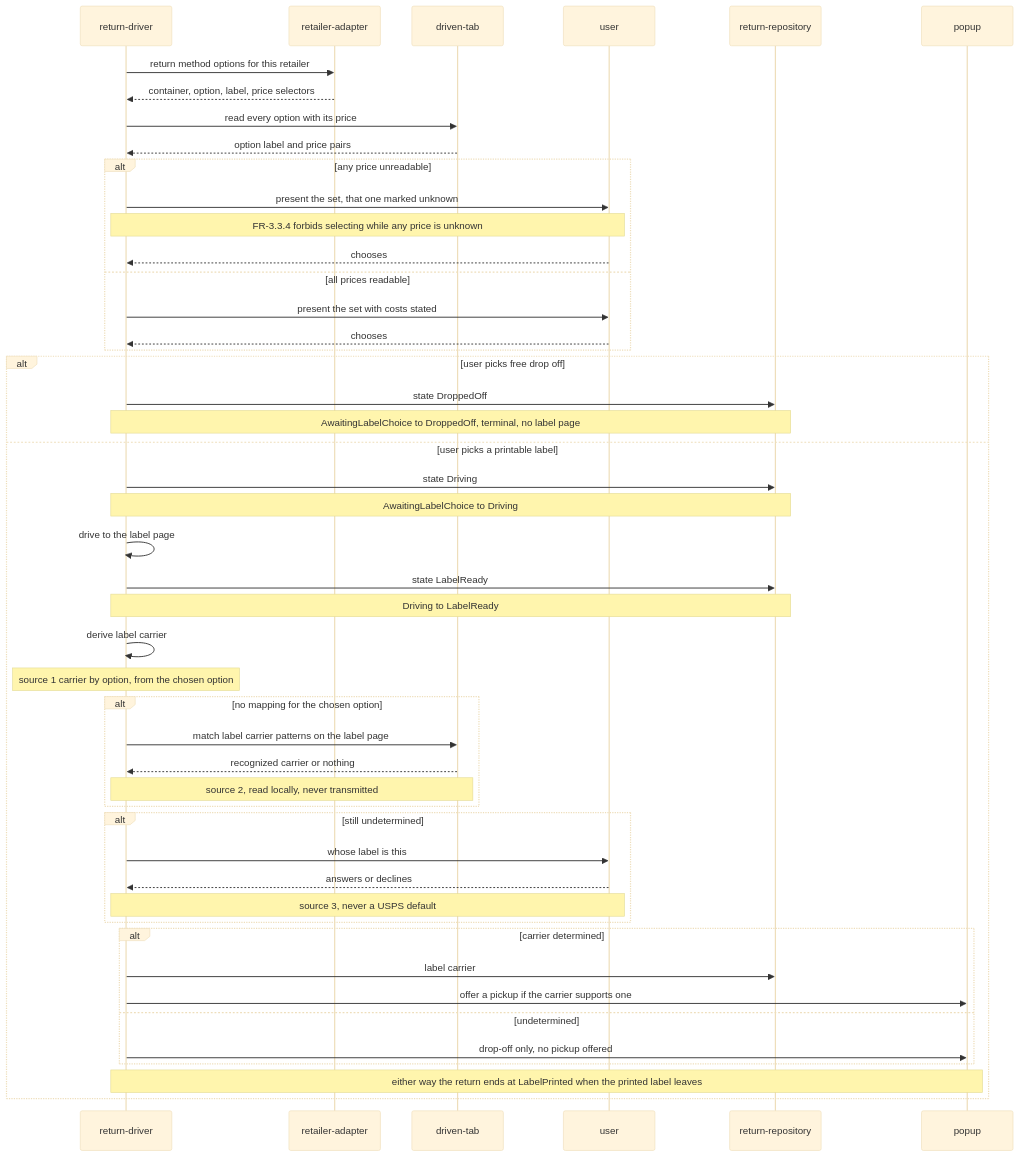
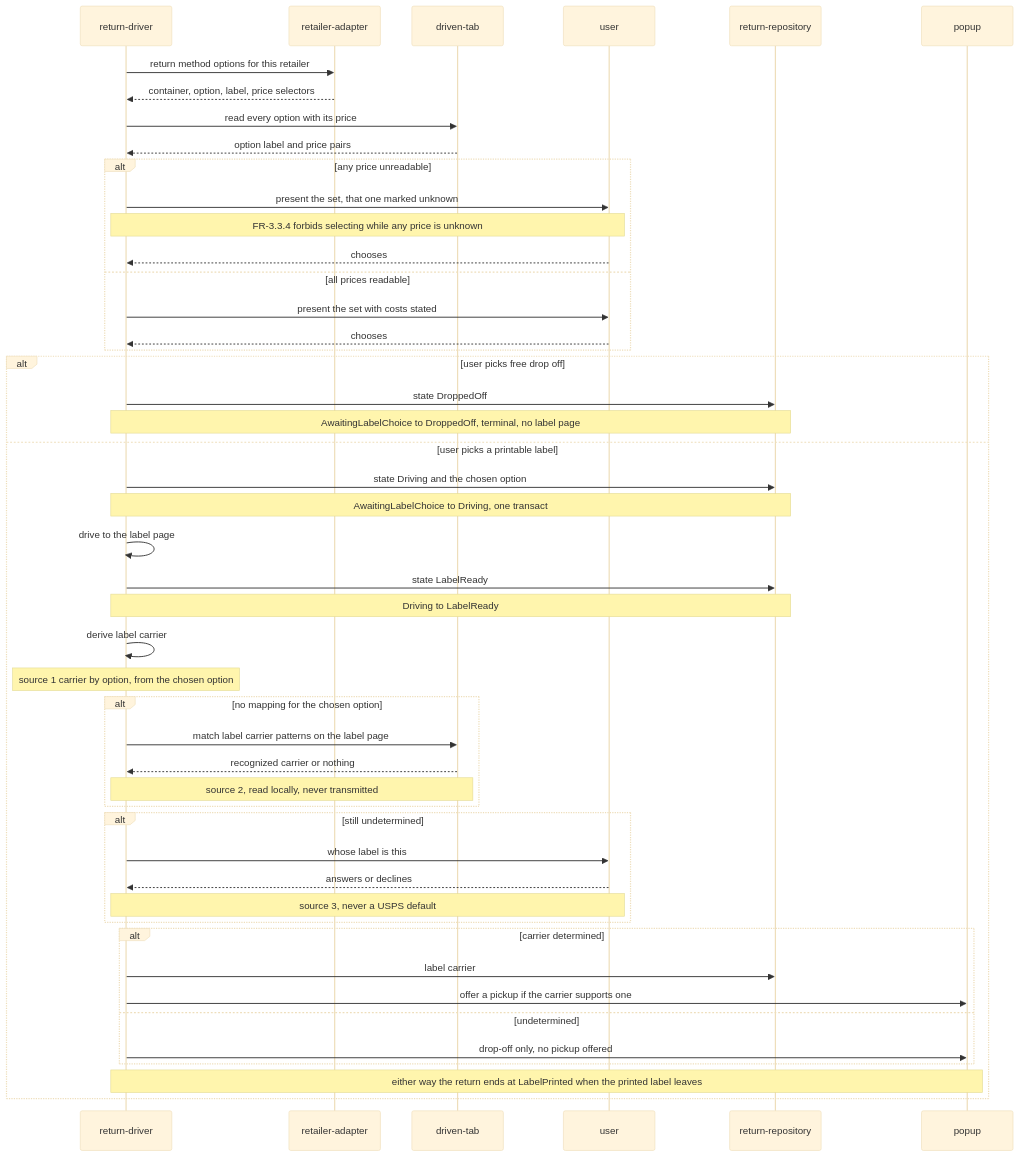
One commit to jacklvd/boomerang changed diagram 12 of 14 in design/boomerang-low-level-design.md. Above: the diagram before and after it, drawn with Mermaid (base theme). The commit also changed other lines of this file and 22 other files, not shown here.

````diff
--- a/design/boomerang-low-level-design.md
+++ b/design/boomerang-low-level-design.md
@@ -1173,51 +1192,51 @@
 ```mermaid
 sequenceDiagram
     participant D as return-driver
     participant A as retailer-adapter
     participant T as driven-tab
     participant U as user
     participant RR as return-repository
     participant P as popup
 
     D->>A: return method options for this retailer
     A-->>D: container, option, label, price selectors
     D->>T: read every option with its price
     T-->>D: option label and price pairs
     alt any price unreadable
         D->>U: present the set, that one marked unknown
         Note over D,U: FR-3.3.4 forbids selecting while any price is unknown
         U-->>D: chooses
     else all prices readable
         D->>U: present the set with costs stated
         U-->>D: chooses
     end
     alt user picks free drop off
         D->>RR: state DroppedOff
         Note over D,RR: AwaitingLabelChoice to DroppedOff, terminal, no label page
     else user picks a printable label
-        D->>RR: state Driving
-        Note over D,RR: AwaitingLabelChoice to Driving
+        D->>RR: state Driving and the chosen option
+        Note over D,RR: AwaitingLabelChoice to Driving, one transact
         D->>D: drive to the label page
         D->>RR: state LabelReady
         Note over D,RR: Driving to LabelReady
         D->>D: derive label carrier
         Note over D: source 1 carrier by option, from the chosen option
         alt no mapping for the chosen option
             D->>T: match label carrier patterns on the label page
             T-->>D: recognized carrier or nothing
             Note over D,T: source 2, read locally, never transmitted
         end
         alt still undetermined
             D->>U: whose label is this
             U-->>D: answers or declines
             Note over D,U: source 3, never a USPS default
         end
         alt carrier determined
             D->>RR: label carrier
             D->>P: offer a pickup if the carrier supports one
         else undetermined
             D->>P: drop-off only, no pickup offered
         end
         Note over D,P: either way the return ends at LabelPrinted when the printed label leaves
     end
 ```
````
